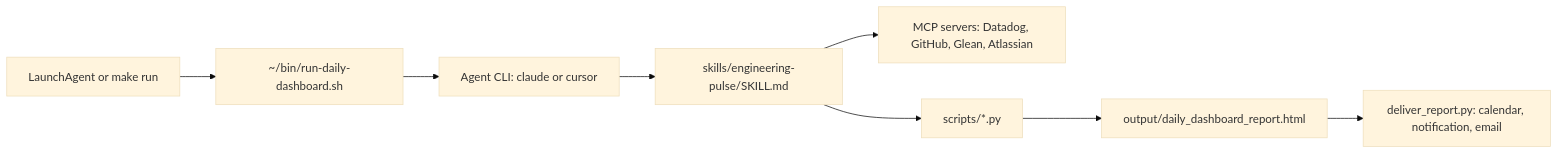
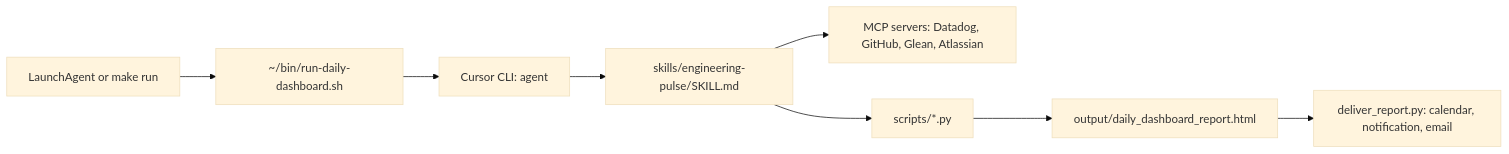
The diagram in docs/development.md (seek-oss/engineering-pulse), drawn with Mermaid (base theme) before and after one commit. The commit also changed other lines of this file and 7 other files, not shown here.

Commit message:
Docs: Cursor as the agent throughout

````diff
--- a/docs/development.md
+++ b/docs/development.md
@@ -13,10 +13,10 @@
 ```mermaid
 flowchart LR
   schedule["LaunchAgent or make run"] --> runner["~/bin/run-daily-dashboard.sh"]
-  runner --> agent["Agent CLI: claude or cursor"]
+  runner --> agent["Cursor CLI: agent"]
   agent --> skill["skills/engineering-pulse/SKILL.md"]
   skill --> mcp["MCP servers: Datadog, GitHub, Glean, Atlassian"]
   skill --> scripts["scripts/*.py"]
   scripts --> report["output/daily_dashboard_report.html"]
   report --> deliver["deliver_report.py: calendar, notification, email"]
 ```
````
